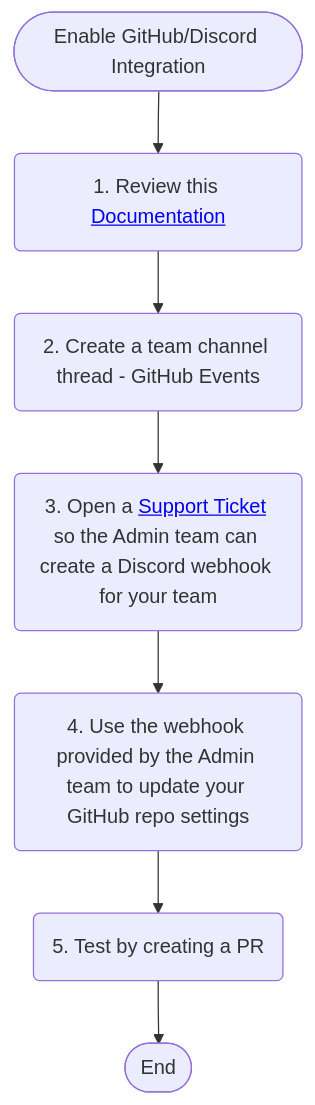
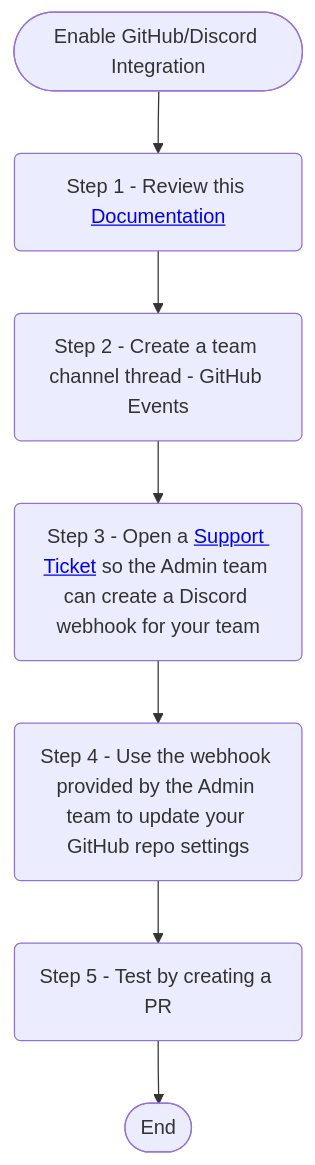
One commit to chingu-voyages/Handbook changed the diagram in docs/guides/voyage/topics/tips_dev_github_discord.md. Above: the diagram before and after it, drawn with Mermaid.

Commit message:
Fix: Correct list issue in GitHub/Discord flowchart

````diff
--- a/docs/guides/voyage/topics/tips_dev_github_discord.md
+++ b/docs/guides/voyage/topics/tips_dev_github_discord.md
@@ -16,9 +16,9 @@
 ```mermaid
 flowchart TB
-   A(["Enable GitHub/Discord Integration"]) --> B(1. Review this <a href='https://gist.github.com/jagrosh/5b1761213e33fc5b54ec7f6379034a22' target='_blank'>Documentation</a>);
-   B --> C(2. Create a team channel thread - GitHub Events);
-   C --> D(3. Open a <a href='https://discord.com/channels/330284646283608064/1193342042080817323' target='_blank'>Support Ticket</a> so the Admin team can create a Discord webhook for your team);
-   D --> E(4. Use the webhook provided by the Admin team to update your GitHub repo settings);
-   E --> F(5. Test by creating a PR);
+   A(["Enable GitHub/Discord Integration"]) --> B(Step 1 - Review this <a href='https://gist.github.com/jagrosh/5b1761213e33fc5b54ec7f6379034a22' target='_blank'>Documentation</a>);
+   B --> C(Step 2 - Create a team channel thread - GitHub Events);
+   C --> D(Step 3 - Open a <a href='https://discord.com/channels/330284646283608064/1193342042080817323' target='_blank'>Support Ticket</a> so the Admin team can create a Discord webhook for your team);
+   D --> E(Step 4 - Use the webhook provided by the Admin team to update your GitHub repo settings);
+   E --> F(Step 5 - Test by creating a PR);
    F --> Z([End]);
 ```
````
